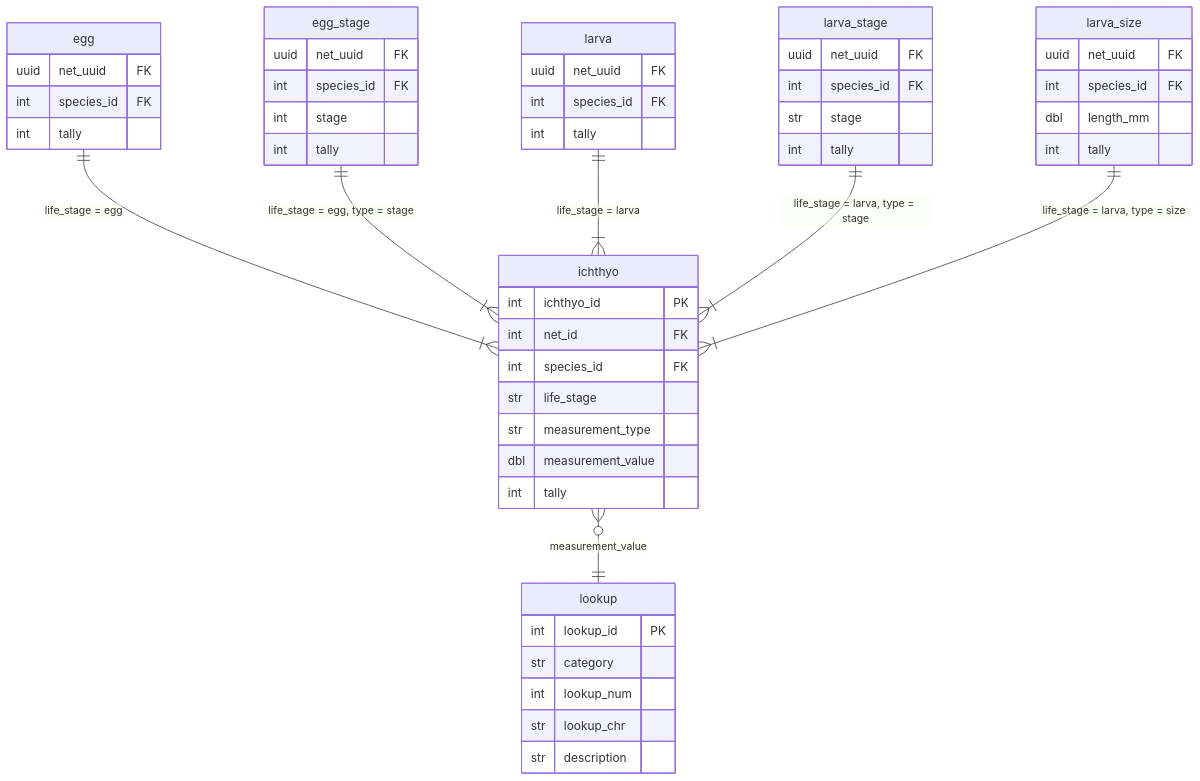
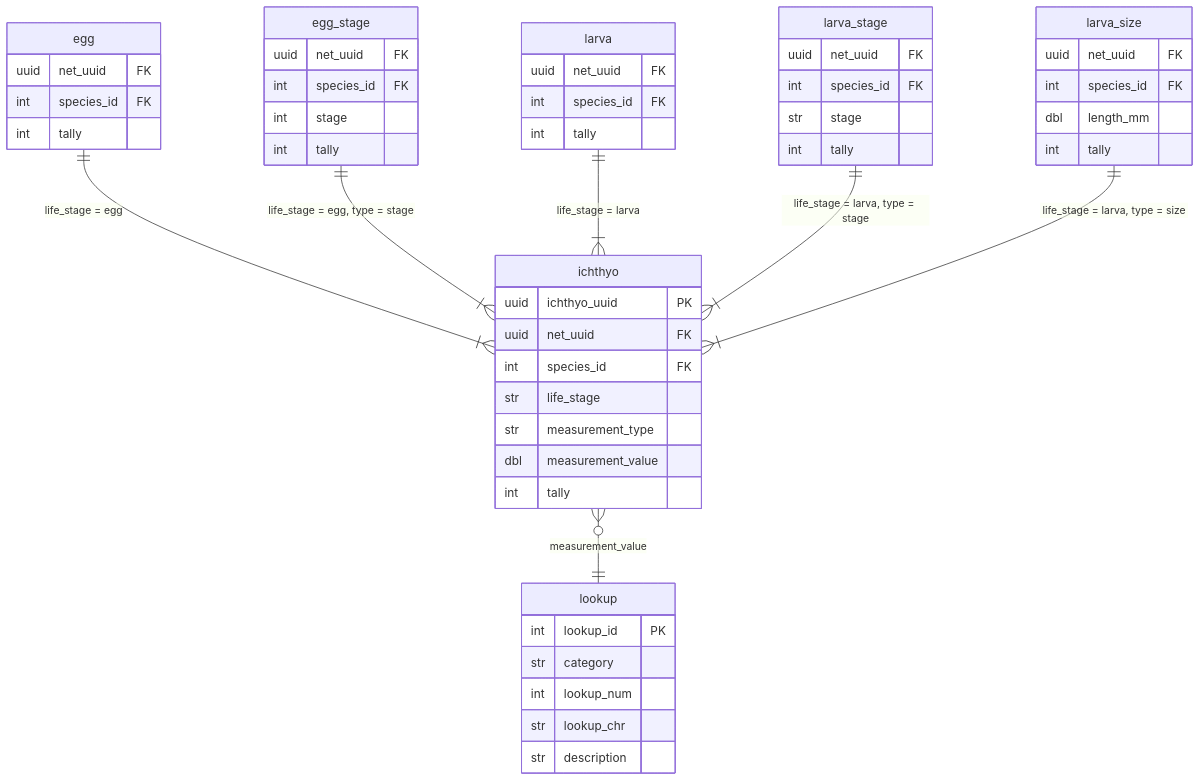
One commit to CalCOFI/workflows changed the second of 2 diagrams in ingest_swfsc.noaa.gov_calcofi-db.qmd. Above: the diagram before and after it, drawn with Mermaid. The commit also changed other lines of this file and 16 other files, not shown here.

````diff
--- a/ingest_swfsc.noaa.gov_calcofi-db.qmd
+++ b/ingest_swfsc.noaa.gov_calcofi-db.qmd
@@ -329,55 +327,55 @@
 ```{mermaid}
 %%| label: consolidate_ichthyo_diagram
 %%| fig-cap: "Consolidate 5 ichthyoplankton tables into a single tidy ichthyo table with lookup."
 erDiagram
     egg {
         uuid net_uuid FK
         int  species_id FK
         int  tally
     }
     egg_stage {
         uuid net_uuid FK
         int  species_id FK
         int  stage
         int  tally
     }
     larva {
         uuid net_uuid FK
         int  species_id FK
         int  tally
     }
     larva_stage {
         uuid net_uuid FK
         int  species_id FK
         str  stage
         int  tally
     }
     larva_size {
         uuid net_uuid FK
         int  species_id FK
         dbl  length_mm
         int  tally
     }
     ichthyo {
-        int ichthyo_id PK
-        int net_id FK
+        uuid ichthyo_uuid PK
+        uuid net_uuid FK
         int species_id FK
         str life_stage
         str measurement_type
         dbl measurement_value
         int tally
     }
     lookup {
         int lookup_id PK
         str category
         int lookup_num
         str lookup_chr
         str description
     }
     egg ||--|{ ichthyo : "life_stage = egg"
     egg_stage ||--|{ ichthyo : "life_stage = egg, type = stage"
     larva ||--|{ ichthyo : "life_stage = larva"
     larva_stage ||--|{ ichthyo : "life_stage = larva, type = stage"
     larva_size ||--|{ ichthyo : "life_stage = larva, type = size"
     ichthyo }o--|| lookup : "measurement_value"
 ```
````
